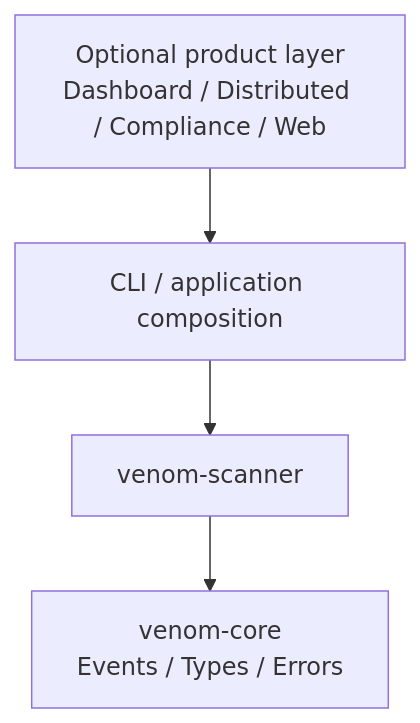
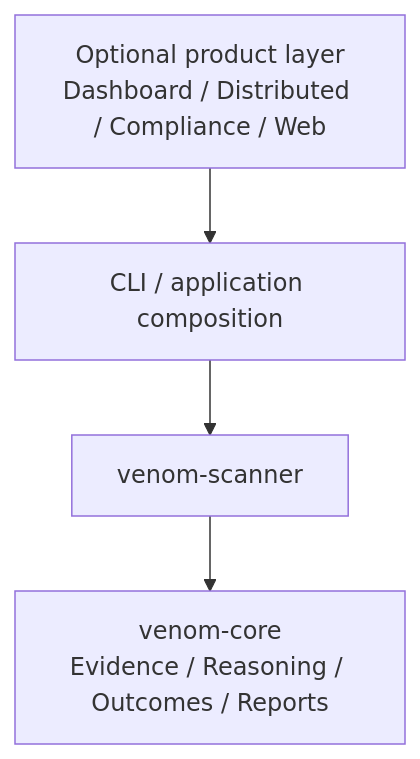
The third of 4 diagrams in docs/architecture.md (ITherso/termivar), drawn with Mermaid before and after one commit. The commit also changed other lines of this file and 153 other files, not shown here.

````diff
--- a/docs/architecture.md
+++ b/docs/architecture.md
@@ -109,6 +117,6 @@
 ```mermaid
 flowchart TD
     Product["Optional product layer<br/>Dashboard / Distributed / Compliance / Web"] --> App["CLI / application composition"]
     App --> Scanner[venom-scanner]
-    Scanner --> Core["venom-core<br/>Events / Types / Errors"]
+    Scanner --> Core["venom-core<br/>Evidence / Reasoning / Outcomes / Reports"]
 ```
````
